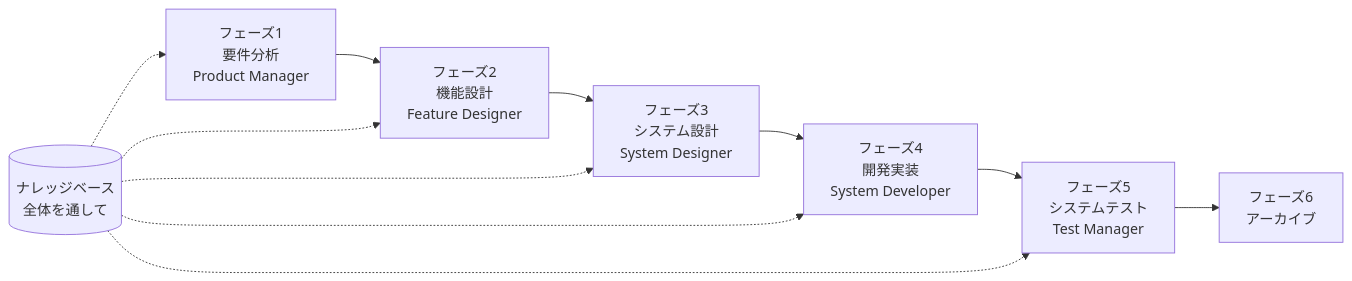
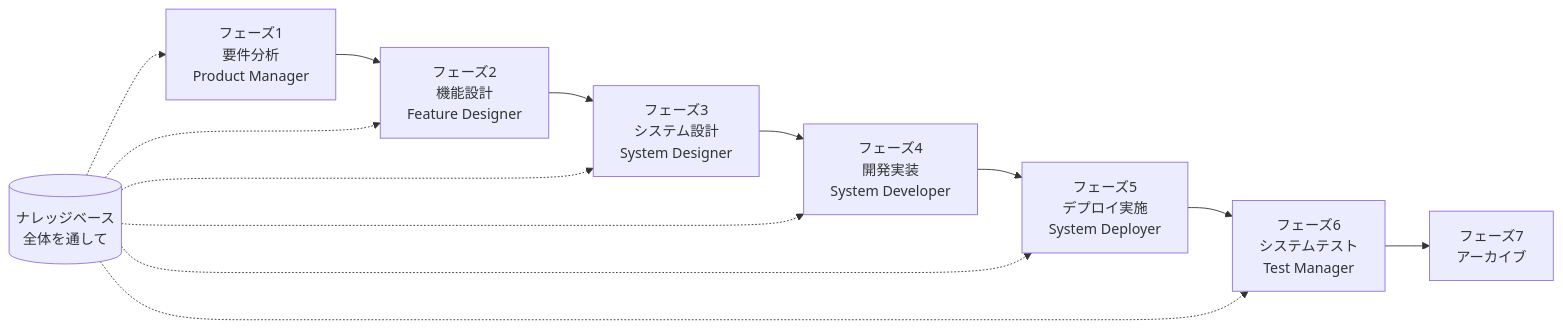
The diagram in docs/GETTING-STARTED.ja.md (charlesmu99/speccrew), drawn with Mermaid before and after one commit. The commit also changed other lines of this file and 35 other files, not shown here.

````diff
--- a/docs/GETTING-STARTED.ja.md
+++ b/docs/GETTING-STARTED.ja.md
@@ -144,14 +144,16 @@
 ```mermaid
 flowchart LR
     PRD[フェーズ1<br/>要件分析<br/>Product Manager] --> FD[フェーズ2<br/>機能設計<br/>Feature Designer]
     FD --> SD[フェーズ3<br/>システム設計<br/>System Designer]
     SD --> DEV[フェーズ4<br/>開発実装<br/>System Developer]
-    DEV --> TEST[フェーズ5<br/>システムテスト<br/>Test Manager]
-    TEST --> ARCHIVE[フェーズ6<br/>アーカイブ]
+    DEV --> DEPLOY[フェーズ5<br/>デプロイ実施<br/>System Deployer]
+    DEPLOY --> TEST[フェーズ6<br/>システムテスト<br/>Test Manager]
+    TEST --> ARCHIVE[フェーズ7<br/>アーカイブ]
     
     KB[(ナレッジベース<br/>全体を通して)] -.-> PRD
     KB -.-> FD
     KB -.-> SD
     KB -.-> DEV
+    KB -.-> DEPLOY
     KB -.-> TEST
 ```
````
